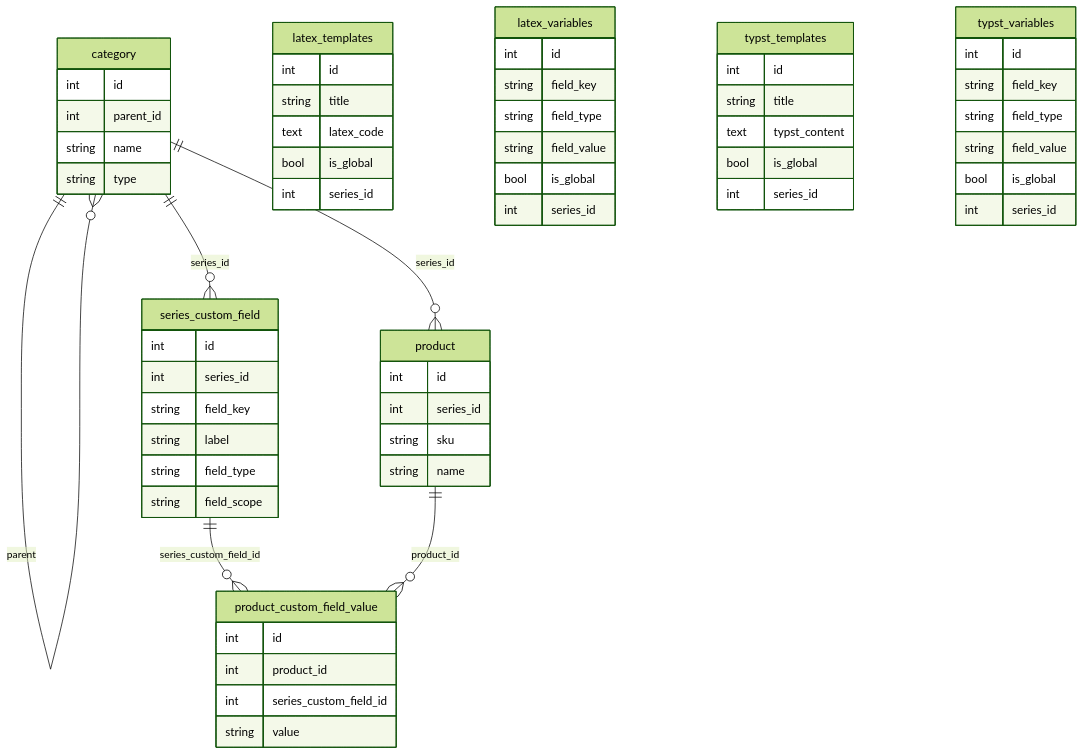
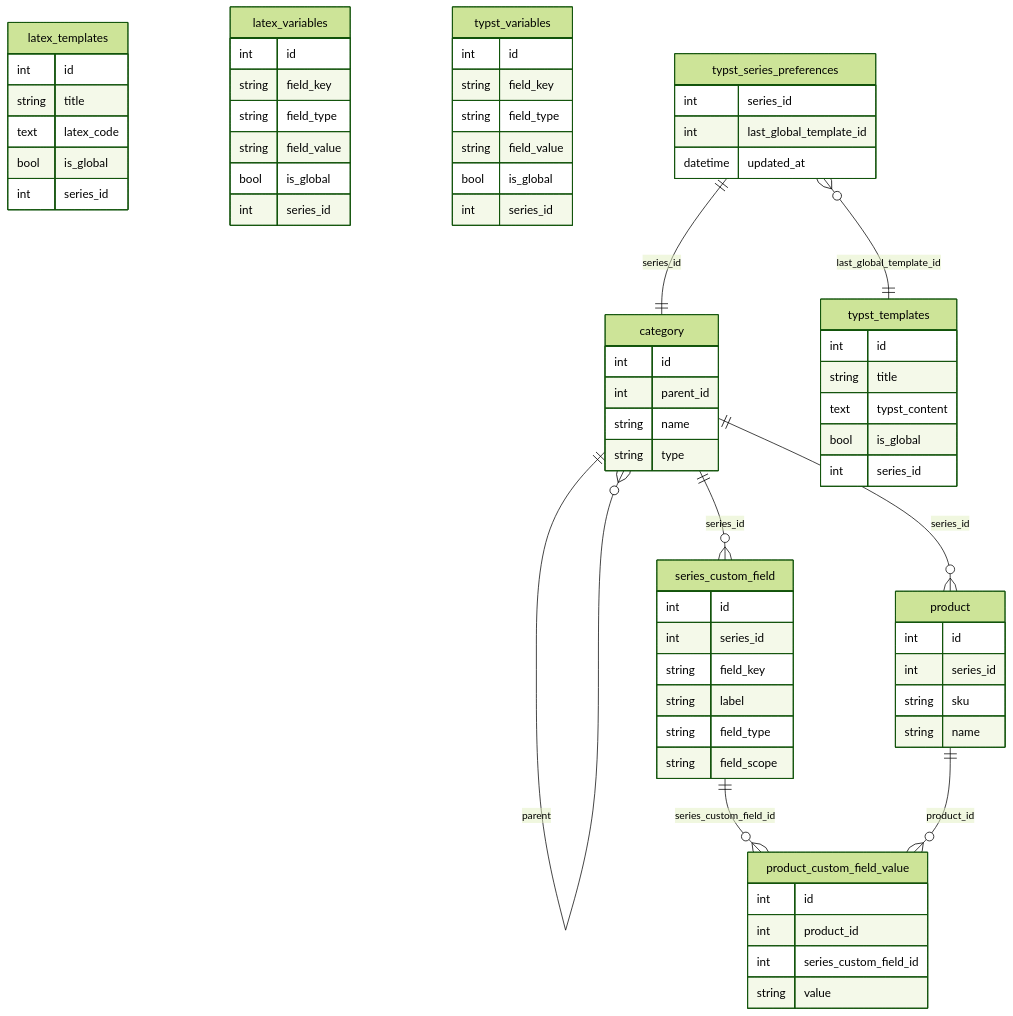
The fourth of 9 diagrams in docs/spec.md (sinjie2008/Foundational-Electronics-Core-Systems), drawn with Mermaid (forest theme) before and after one commit. The commit also changed other lines of this file and 8 other files, not shown here.

````diff
--- a/docs/spec.md
+++ b/docs/spec.md
@@ -69,64 +69,71 @@
 ```mermaid
 erDiagram
     category ||--o{ category : parent
     category ||--o{ product : series_id
     category ||--o{ series_custom_field : series_id
     series_custom_field ||--o{ product_custom_field_value : series_custom_field_id
     product ||--o{ product_custom_field_value : product_id
     category {
         int id
         int parent_id
         string name
         string type
     }
     product {
         int id
         int series_id
         string sku
         string name
     }
     series_custom_field {
         int id
         int series_id
         string field_key
         string label
         string field_type
         string field_scope
     }
     product_custom_field_value {
         int id
         int product_id
         int series_custom_field_id
         string value
     }
     latex_templates {
         int id
         string title
         text latex_code
         bool is_global
         int series_id
     }
     latex_variables {
         int id
         string field_key
         string field_type
         string field_value
         bool is_global
         int series_id
     }
     typst_templates {
         int id
         string title
         text typst_content
         bool is_global
         int series_id
     }
     typst_variables {
         int id
         string field_key
         string field_type
         string field_value
         bool is_global
         int series_id
     }
+    typst_series_preferences {
+        int series_id
+        int last_global_template_id
+        datetime updated_at
+    }
+    typst_series_preferences ||--|| category : series_id
+    typst_series_preferences }o--|| typst_templates : last_global_template_id
 ```
````
